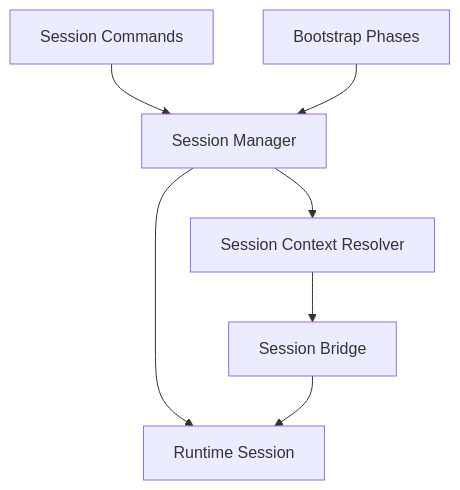
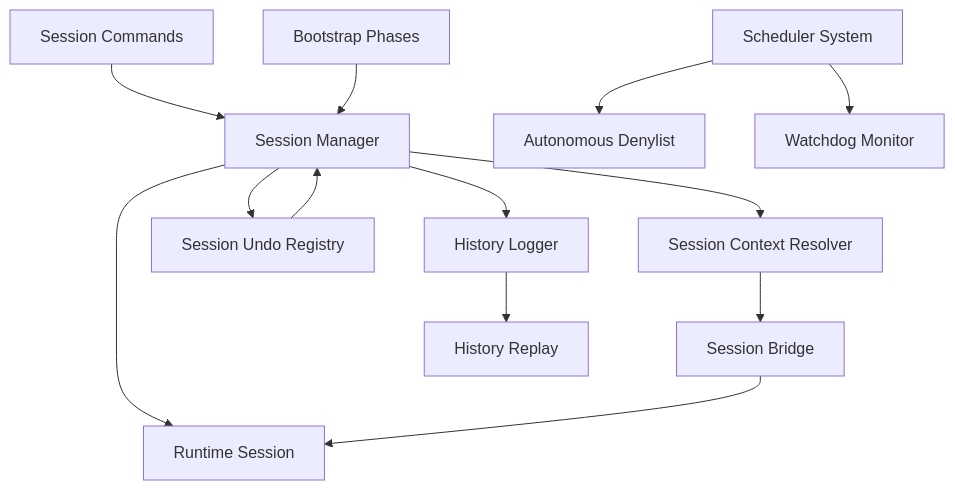
Before and after one commit to novolei/if2Ai: diagram 11 of 11 in .qoder/repowiki/en/content/Backend System (Rust)/Module Architecture & Design/Runtime Services/Session Lifecycle.md, drawn with Mermaid. The commit also changed other lines of this file and 124 other files, not shown here.

````diff
--- a/.qoder/repowiki/en/content/Backend System (Rust)/Module Architecture & Design/Runtime Services/Session Lifecycle.md
+++ b/.qoder/repowiki/en/content/Backend System (Rust)/Module Architecture & Design/Runtime Services/Session Lifecycle.md
@@ -279,9 +477,15 @@
 ```mermaid
 graph TB
 Cmd["Session Commands"] --> SM["Session Manager"]
 SM --> RS["Runtime Session"]
 SM --> SC["Session Context Resolver"]
+SM --> UR["Session Undo Registry"]
 SC --> BR["Session Bridge"]
 BR --> RS
 BS["Bootstrap Phases"] --> SM
+UR --> SM
+SCH["Scheduler System"] --> AD["Autonomous Denylist"]
+SCH --> WD["Watchdog Monitor"]
+SM --> HL["History Logger"]
+HL --> HR["History Replay"]
 ```
````
